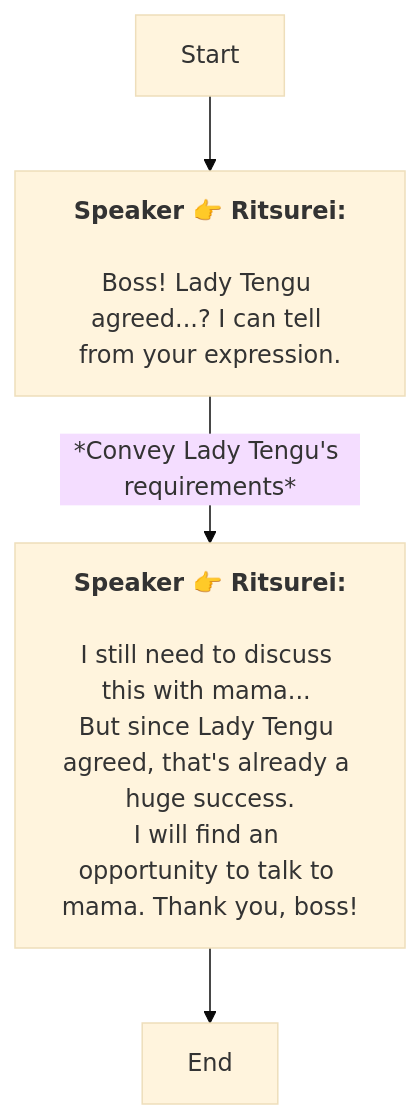
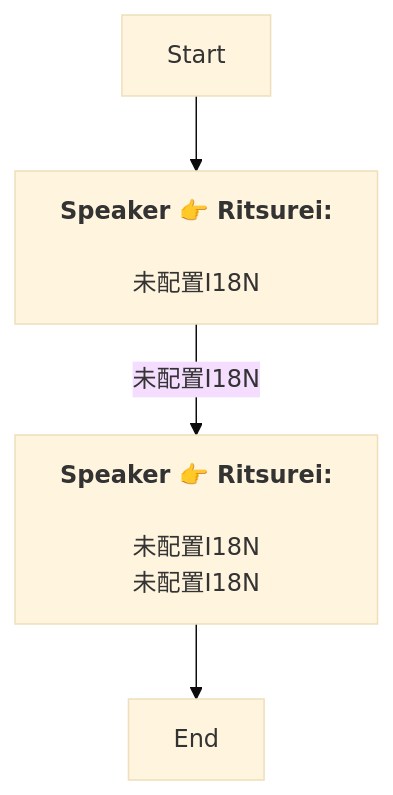
Before and after one commit to SoftHu/tos_avg: the diagram in En/QuestTalkObjectiveNode_1758367008380588.md, drawn with Mermaid (base theme). The commit also changed 730 other files, not shown here.

````diff
--- a/En/QuestTalkObjectiveNode_1758367008380588.md
+++ b/En/QuestTalkObjectiveNode_1758367008380588.md
@@ -1,10 +1,9 @@
 ```mermaid
 graph
 Start -->1758367218922159[<b>Speaker 👉 Ritsurei:</b>
-\nBoss! Lady Tengu agreed...? I can tell from your expression.]
-1758367218922159 -->|*Convey Lady Tengu's requirements*|1758367257281203[<b>Speaker 👉 Ritsurei:</b>
-\nI still need to discuss this with mama... 
-But since Lady Tengu agreed, that's already a huge success.\nI will find an opportunity to talk to mama. Thank you, boss!]
+\n未配置I18N]
+1758367218922159 -->|未配置I18N|1758367257281203[<b>Speaker 👉 Ritsurei:</b>
+\n未配置I18N\n未配置I18N]
 1758367257281203 -->1758367297307316[End]
 
 ```
````
